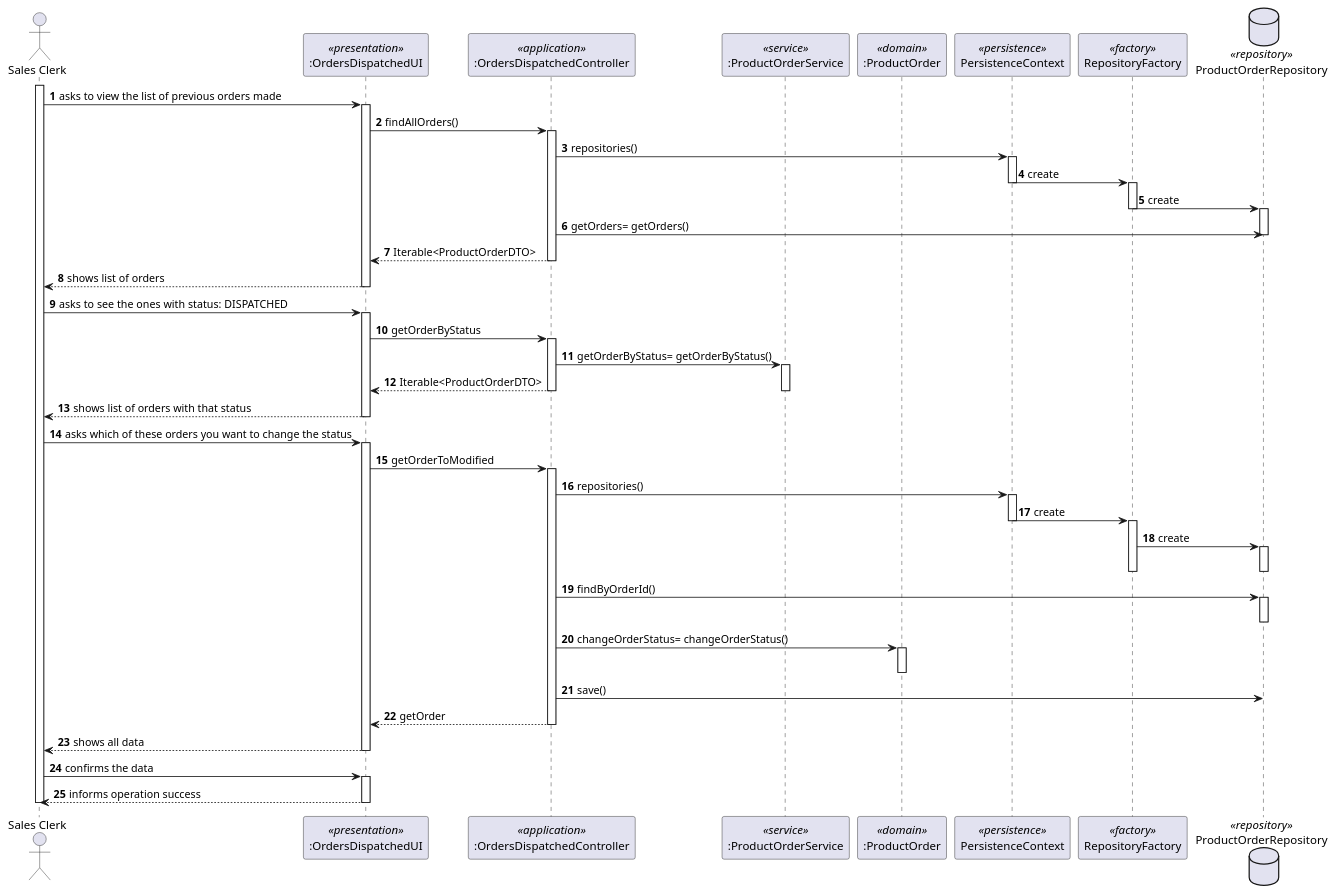
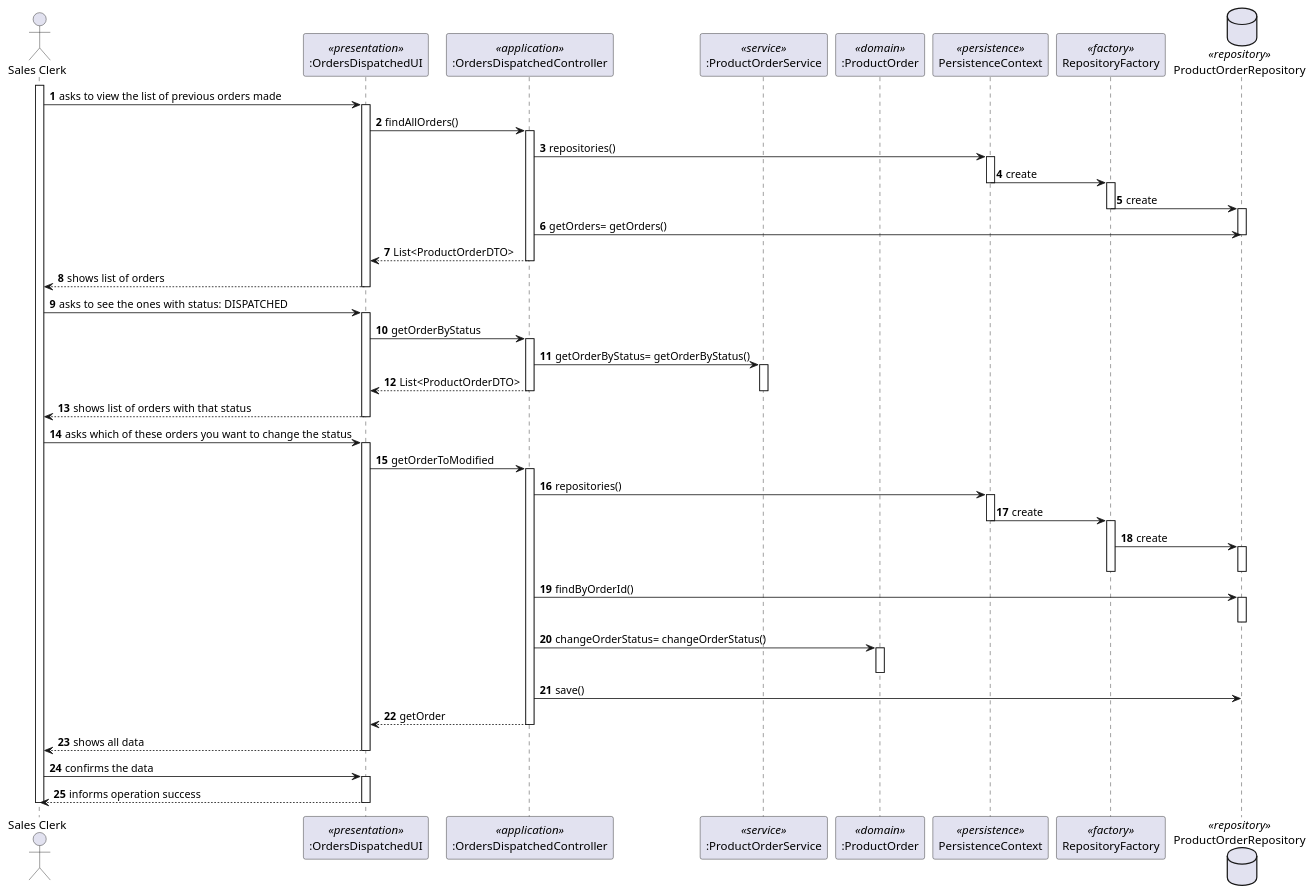
One commit to marttuga/LAPR4-SmartSystems changed the diagram in docs/Sprint4/US1006/US1006_SD.puml. Above: the diagram before and after it, drawn with PlantUML. The commit also changed 1 other file, not shown here.

```diff
--- a/docs/Sprint4/US1006/US1006_SD.puml
+++ b/docs/Sprint4/US1006/US1006_SD.puml
@@ -1,97 +1,97 @@
 @startuml
 autonumber
 'hide footbox
 actor "Sales Clerk" as SC
 participant ":OrdersDispatchedUI" as UI <<presentation>>
 participant ":OrdersDispatchedController" as CTRL <<application>>
 participant ":ProductOrderService" as ProdS <<service>>
 participant ":ProductOrder" as PORd <<domain>>
 participant "PersistenceContext" as PC <<persistence>>
 participant "RepositoryFactory" as RF <<factory>>
 database "ProductOrderRepository" as ProdRepo <<repository>>
 
 activate SC
 
 SC -> UI : asks to view the list of previous orders made
 activate UI
 
 UI -> CTRL : findAllOrders()
 activate CTRL
 CTRL -> PC : repositories()
 
 activate PC
 PC -> RF : create
 deactivate PC
 activate RF
 RF -> ProdRepo : create
 deactivate RF
 activate ProdRepo
 deactivate ProdRepo
 CTRL -> ProdRepo : getOrders= getOrders()
 
 deactivate ProdRepo
 
-CTRL --> UI :  Iterable<ProductOrderDTO>
+CTRL --> UI :  List<ProductOrderDTO>
 deactivate CTRL
 
 UI --> SC : shows list of orders
 deactivate UI
 SC -> UI : asks to see the ones with status: DISPATCHED
 activate UI
 
 UI -> CTRL : getOrderByStatus
 activate CTRL
 CTRL -> ProdS : getOrderByStatus= getOrderByStatus()
 activate ProdS
-CTRL --> UI :  Iterable<ProductOrderDTO>
+CTRL --> UI :  List<ProductOrderDTO>
 deactivate CTRL
 deactivate ProdS
 
 UI --> SC :  shows list of orders with that status
 deactivate UI
 
 SC -> UI : asks which of these orders you want to change the status
 activate UI
 
 UI -> CTRL : getOrderToModified
 activate CTRL
 CTRL -> PC : repositories()
 
 activate PC
 PC -> RF : create
 deactivate PC
 activate RF
 RF -> ProdRepo : create
 activate ProdRepo
 deactivate RF
 
 deactivate ProdRepo
 CTRL -> ProdRepo : findByOrderId()
 activate ProdRepo
 
 deactivate ProdRepo
 
 CTRL -> PORd : changeOrderStatus= changeOrderStatus()
 activate PORd
 deactivate ProdRepo
 deactivate PORd
 CTRL -> ProdRepo : save()
 
 CTRL --> UI :  getOrder
 deactivate CTRL
 
 UI --> SC :shows all data
 deactivate UI
 deactivate ProdS
 deactivate UI
 
 SC -> UI : confirms the data
 
 activate UI
 UI --> SC : informs operation success
 deactivate UI
 
 deactivate UI
 deactivate SC
 
 @enduml
```
